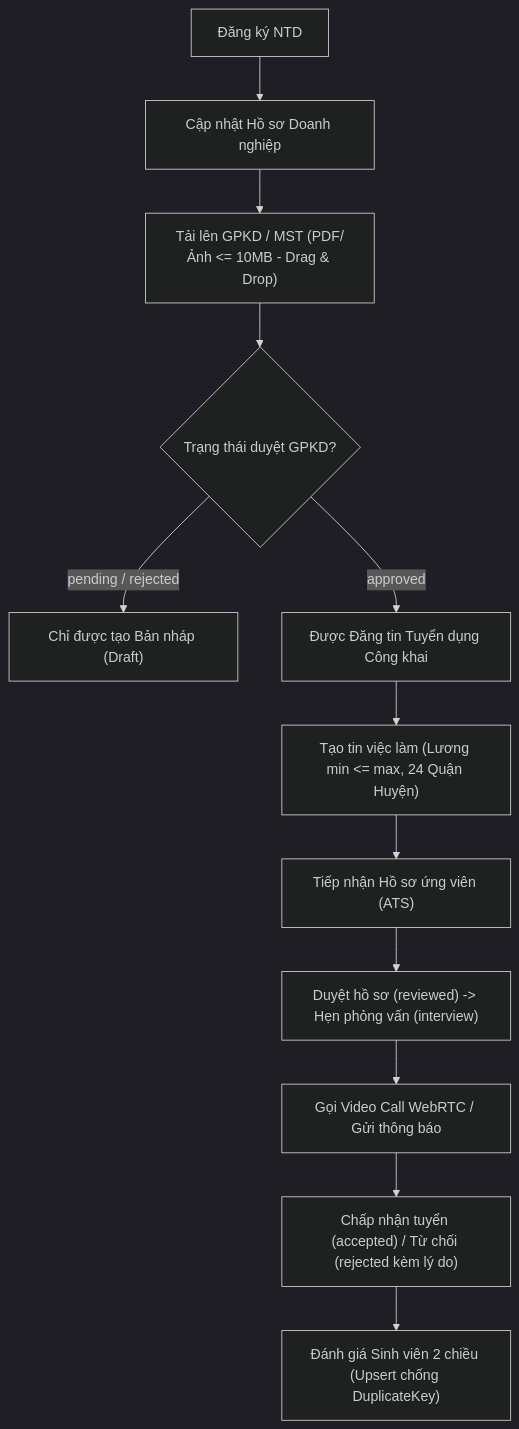
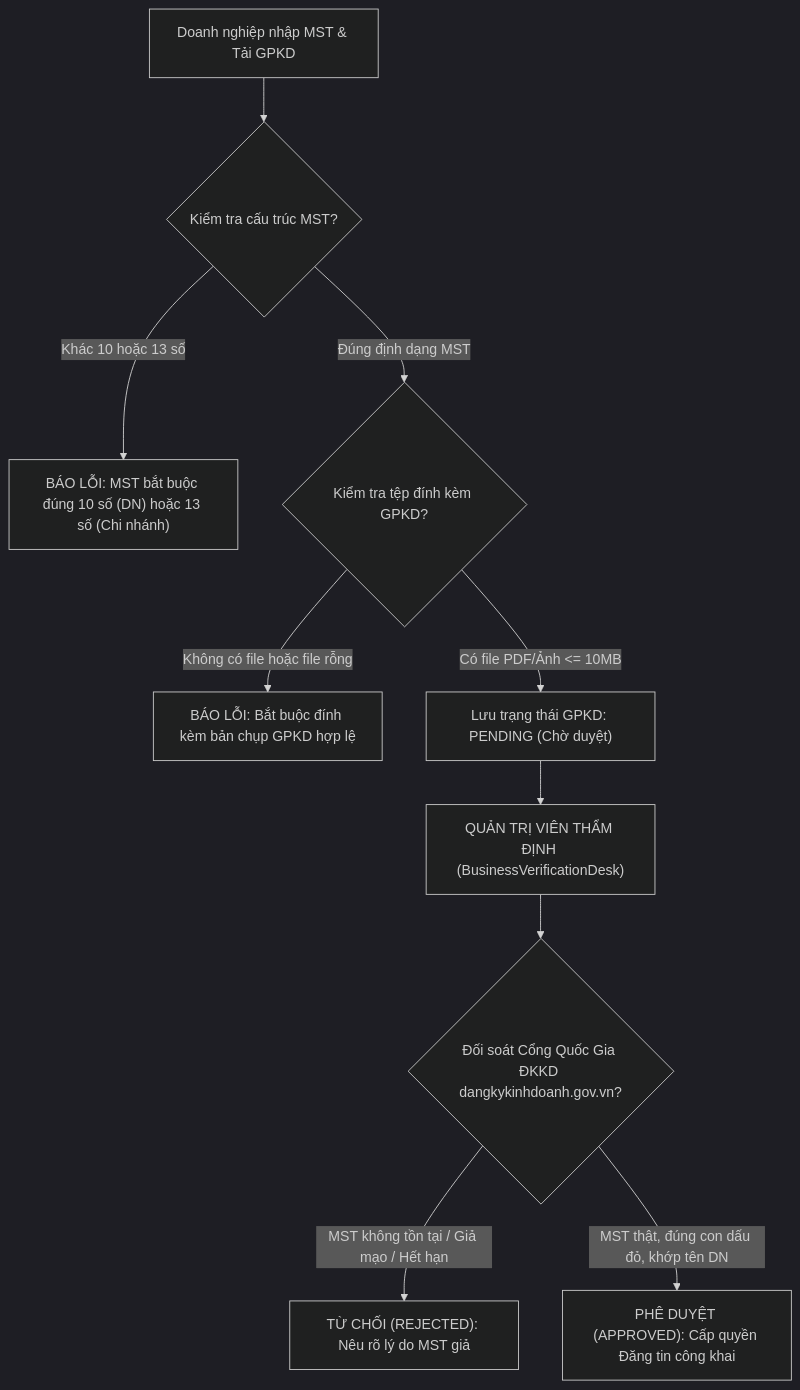
One commit to Johnny120905/CDTN02 changed the third of 3 diagrams in tailieu/bailam/dieukienrangbuoc.md. Above: the diagram before and after it, drawn with Mermaid (dark theme). The commit also changed other lines of this file and 7 other files, not shown here.

````diff
--- a/tailieu/bailam/dieukienrangbuoc.md
+++ b/tailieu/bailam/dieukienrangbuoc.md
@@ -127,14 +208,12 @@
 ```mermaid
 flowchart TD
-    A["Đăng ký NTD"] --> B["Cập nhật Hồ sơ Doanh nghiệp"]
-    B --> C["Tải lên GPKD / MST (PDF/Ảnh <= 10MB - Drag & Drop)"]
-    C --> D{"Trạng thái duyệt GPKD?"}
-    D -->|pending / rejected| E["Chỉ được tạo Bản nháp (Draft)"]
-    D -->|approved| F["Được Đăng tin Tuyển dụng Công khai"]
-    F --> G["Tạo tin việc làm (Lương min <= max, 24 Quận Huyện)"]
-    G --> H["Tiếp nhận Hồ sơ ứng viên (ATS)"]
-    H --> I["Duyệt hồ sơ (reviewed) -> Hẹn phỏng vấn (interview)"]
-    I --> J["Gọi Video Call WebRTC / Gửi thông báo"]
-    J --> K["Chấp nhận tuyển (accepted) / Từ chối (rejected kèm lý do)"]
-    K --> L["Đánh giá Sinh viên 2 chiều (Upsert chống DuplicateKey)"]
+    A["Doanh nghiệp nhập MST & Tải GPKD"] --> B{"Kiểm tra cấu trúc MST?"}
+    B -->|Khác 10 hoặc 13 số| C["BÁO LỖI: MST bắt buộc đúng 10 số (DN) hoặc 13 số (Chi nhánh)"]
+    B -->|Đúng định dạng MST| D{"Kiểm tra tệp đính kèm GPKD?"}
+    D -->|Không có file hoặc file rỗng| E["BÁO LỖI: Bắt buộc đính kèm bản chụp GPKD hợp lệ"]
+    D -->|Có file PDF/Ảnh <= 10MB| F["Lưu trạng thái GPKD: PENDING (Chờ duyệt)"]
+    F --> G["QUẢN TRỊ VIÊN THẨM ĐỊNH (BusinessVerificationDesk)"]
+    G --> H{"Đối soát Cổng Quốc Gia ĐKKD dangkykinhdoanh.gov.vn?"}
+    H -->|MST không tồn tại / Giả mạo / Hết hạn| I["TỪ CHỐI (REJECTED): Nêu rõ lý do MST giả"]
+    H -->|MST thật, đúng con dấu đỏ, khớp tên DN| J["PHÊ DUYỆT (APPROVED): Cấp quyền Đăng tin công khai"]
 ```
````
